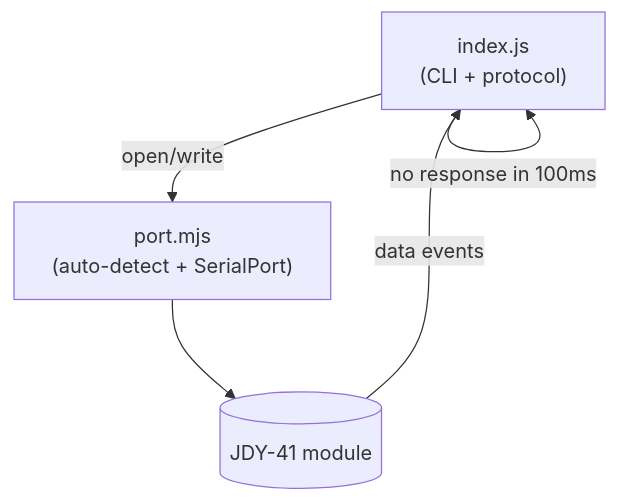
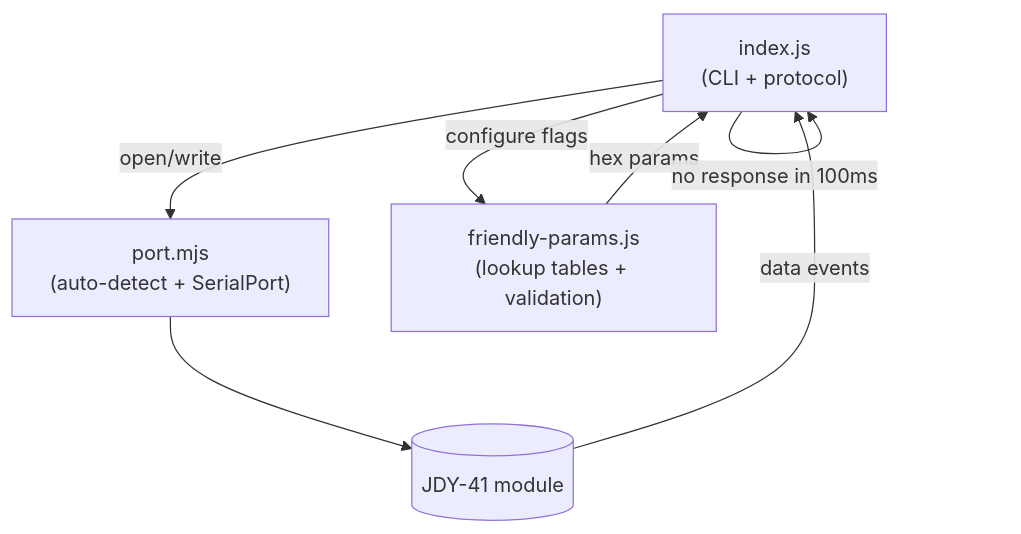
One commit to oleksiisedun/jdy-41 changed the diagram in README.md. Above: the diagram before and after it, drawn with Mermaid. The commit also changed other lines of this file and 5 other files, not shown here.

First line of the commit message:
Add friendly `configure` CLI command

````diff
--- a/README.md
+++ b/README.md
@@ -21,7 +21,9 @@
 ```mermaid
 graph TD
   CLI["index.js\n(CLI + protocol)"] -->|open/write| Port["port.mjs\n(auto-detect + SerialPort)"]
+  CLI -->|configure flags| Friendly["friendly-params.js\n(lookup tables + validation)"]
+  Friendly -->|hex params| CLI
   Port --> Device[("JDY-41 module")]
   Device -->|data events| CLI
   CLI -->|no response in 100ms| CLI
 ```
````
